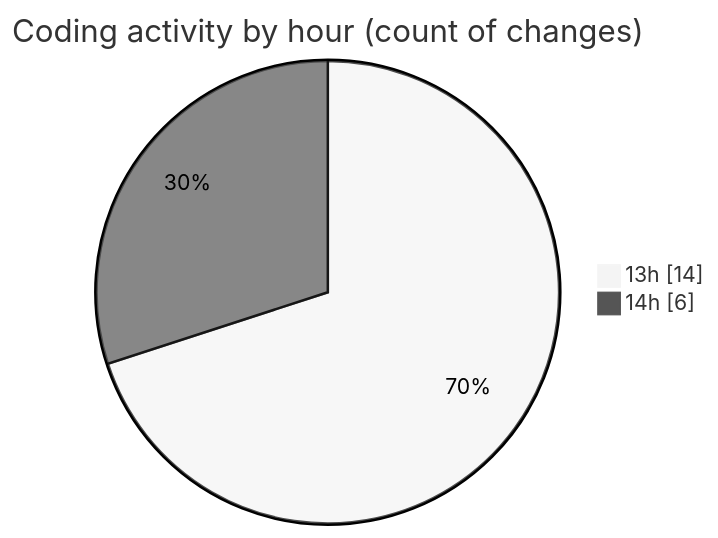
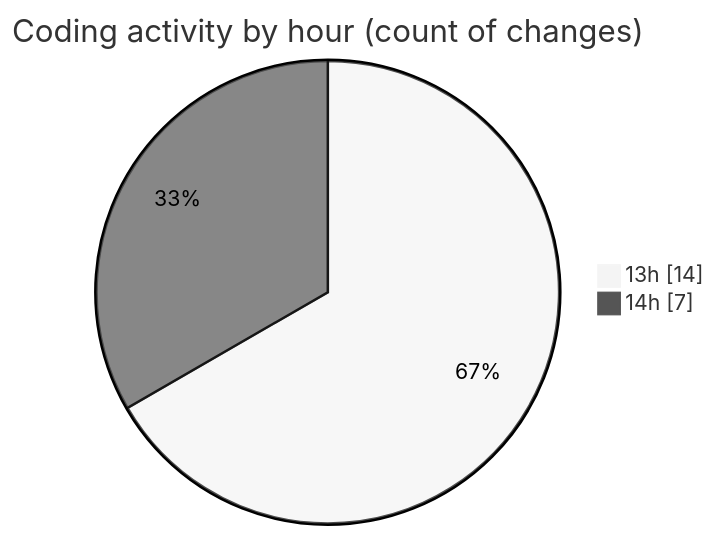
Before and after one commit to Ritupan-Deka/code-tracking: the second of 2 diagrams in 2025-04-27/portfolio/README.md, drawn with Mermaid (neutral theme). The commit also changed other lines of this file and 1 other file, not shown here.

````diff
--- a/2025-04-27/portfolio/README.md
+++ b/2025-04-27/portfolio/README.md
@@ -30,6 +30,6 @@
 ```mermaid
 pie showData
 title Coding activity by hour (count of changes)
 "13h" : 14
-"14h" : 6
+"14h" : 7
 ```
````
